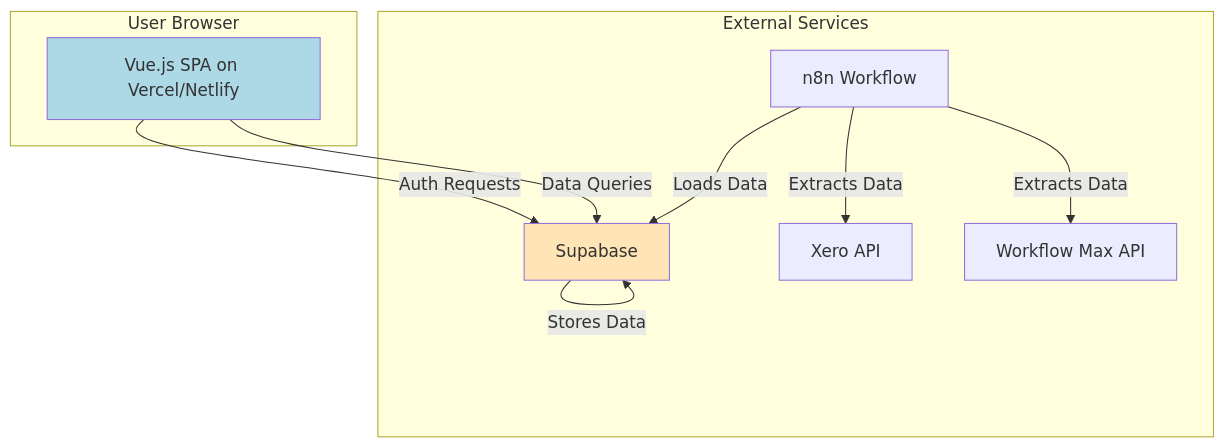
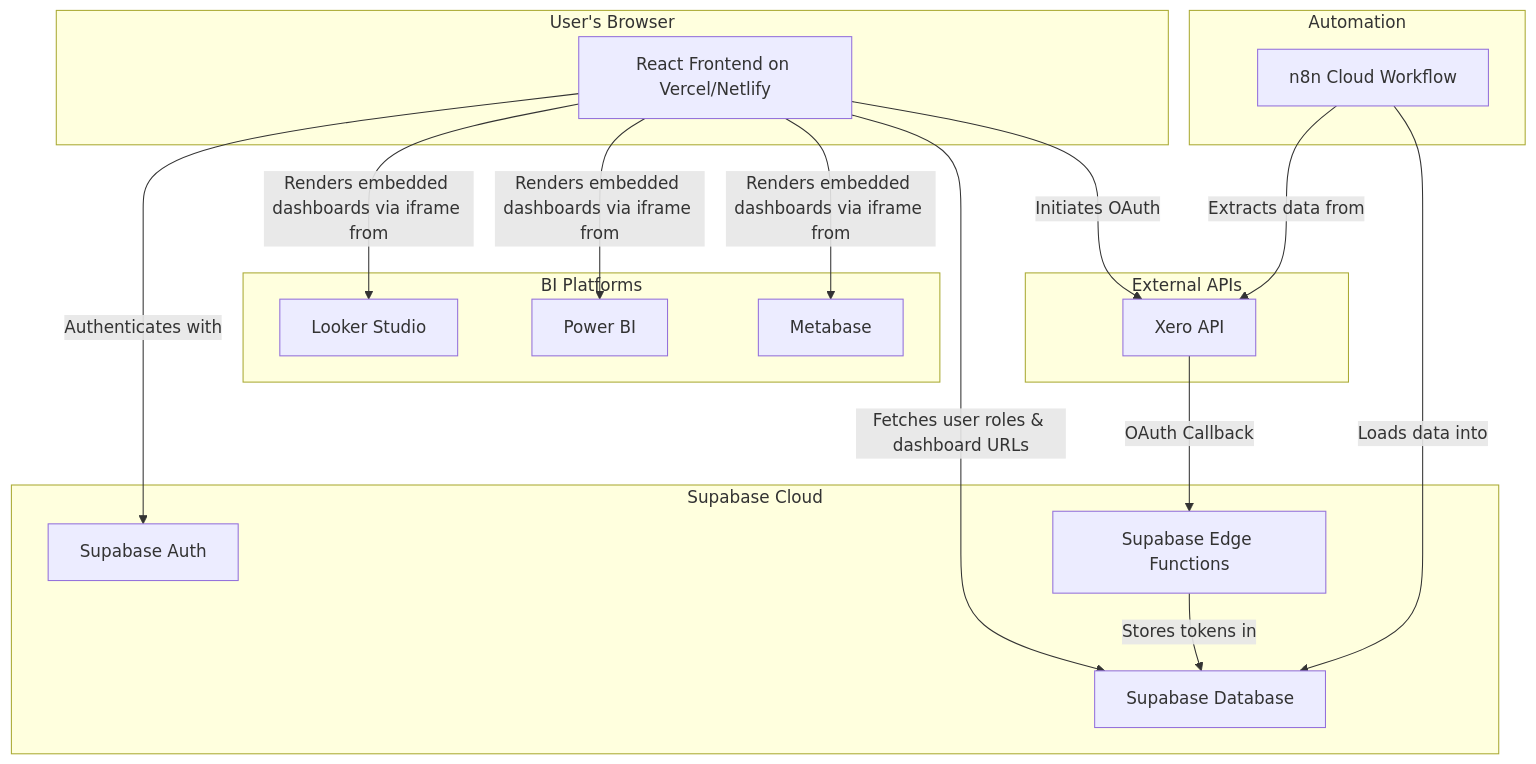
One commit to CoralShades/dashboards changed the diagram in docs/architecture.md. Above: the diagram before and after it, drawn with Mermaid. The commit also changed other lines of this file and 278 other files, not shown here.

````diff
--- a/docs/architecture.md
+++ b/docs/architecture.md
@@ -40,23 +19,39 @@
 ```mermaid
 graph TD
-    subgraph User Browser
-        A[Vue.js SPA on Vercel/Netlify]
+    subgraph User's Browser
+        A[React Frontend on Vercel/Netlify]
     end
 
-    subgraph External Services
-        B[Supabase]
-        C[n8n Workflow]
-        D[Xero API]
-        E[Workflow Max API]
+    subgraph Supabase Cloud
+        B[Supabase Auth]
+        C[Supabase Database]
+        D[Supabase Edge Functions]
     end
 
-    A -- Auth Requests --> B;
-    A -- Data Queries --> B;
-    B -- Stores Data --> B;
-    C -- Extracts Data --> D;
-    C -- Extracts Data --> E;
-    C -- Loads Data --> B;
+    subgraph BI Platforms
+        E[Looker Studio]
+        F[Power BI]
+        G[Metabase]
+    end
+    
+    subgraph Automation
+        H[n8n Cloud Workflow]
+    end
 
-    style A fill:#ADD8E6
-    style B fill:#FFE4B5
+    subgraph External APIs
+        I[Xero API]
+    end
+
+    A -- Authenticates with --> B;
+    A -- Fetches user roles & dashboard URLs --> C;
+    A -- Renders embedded dashboards via iframe from --> E;
+    A -- Renders embedded dashboards via iframe from --> F;
+    A -- Renders embedded dashboards via iframe from --> G;
+    
+    A -- Initiates OAuth --> I;
+    I -- OAuth Callback --> D;
+    D -- Stores tokens in --> C;
+
+    H -- Extracts data from --> I;
+    H -- Loads data into --> C;
 ```
````
